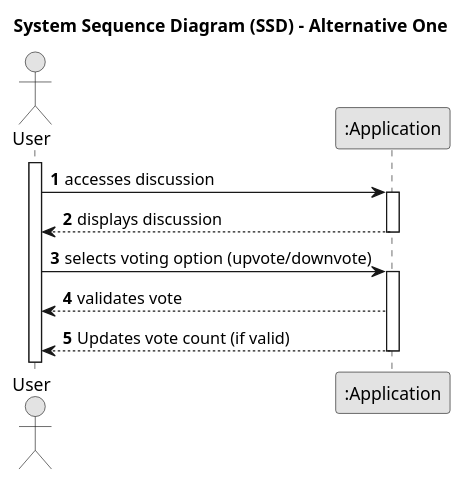
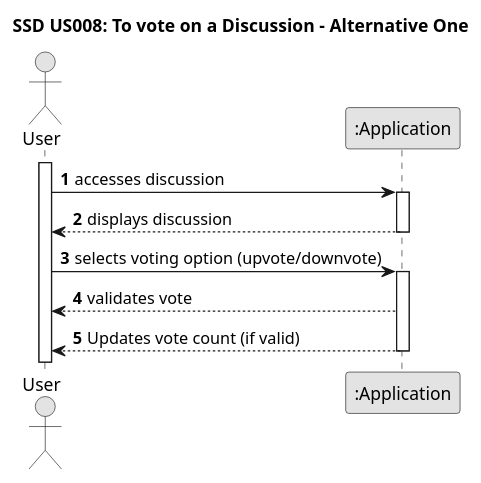
Before and after one commit to TiagoMagalhaes1232507/Testando-projeto: the diagram in docs/sprint01/us008/01.requirements-engineering/puml/us008-system-sequence-diagram-alternative-one.puml, drawn with PlantUML. The commit also changed 8 other files, not shown here.

```diff
--- a/docs/sprint01/us008/01.requirements-engineering/puml/us008-system-sequence-diagram-alternative-one.puml
+++ b/docs/sprint01/us008/01.requirements-engineering/puml/us008-system-sequence-diagram-alternative-one.puml
@@ -1,28 +1,28 @@
 @startuml
 skinparam monochrome true
 skinparam packageStyle rectangle
 skinparam shadowing false
 
-title System Sequence Diagram (SSD) - Alternative One
+title SSD US008: To vote on a Discussion - Alternative One
 
 autonumber
 
 actor "User" as User
 participant ":Application" as System
 
 activate User
 
     User -> System : accesses discussion
     activate System
 
         System --> User : displays discussion
     deactivate System
 
     User -> System : selects voting option (upvote/downvote)
     activate System
 
         System --> User : validates vote
 
         System --> User : Updates vote count (if valid)
     deactivate System
 @enduml
```
